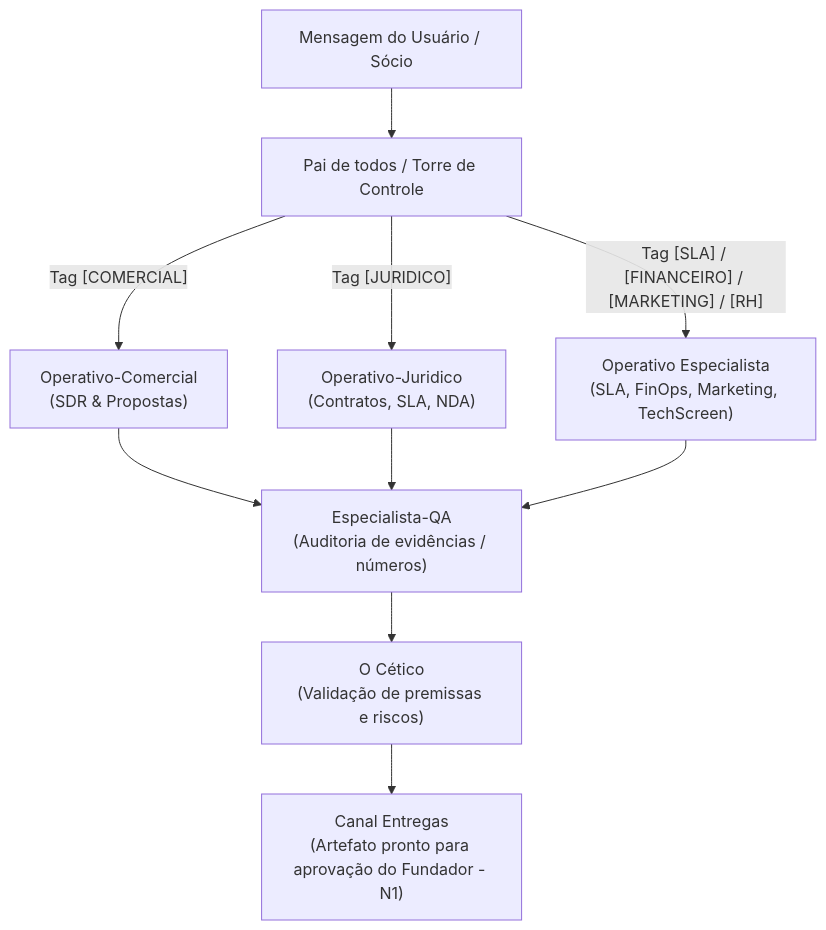
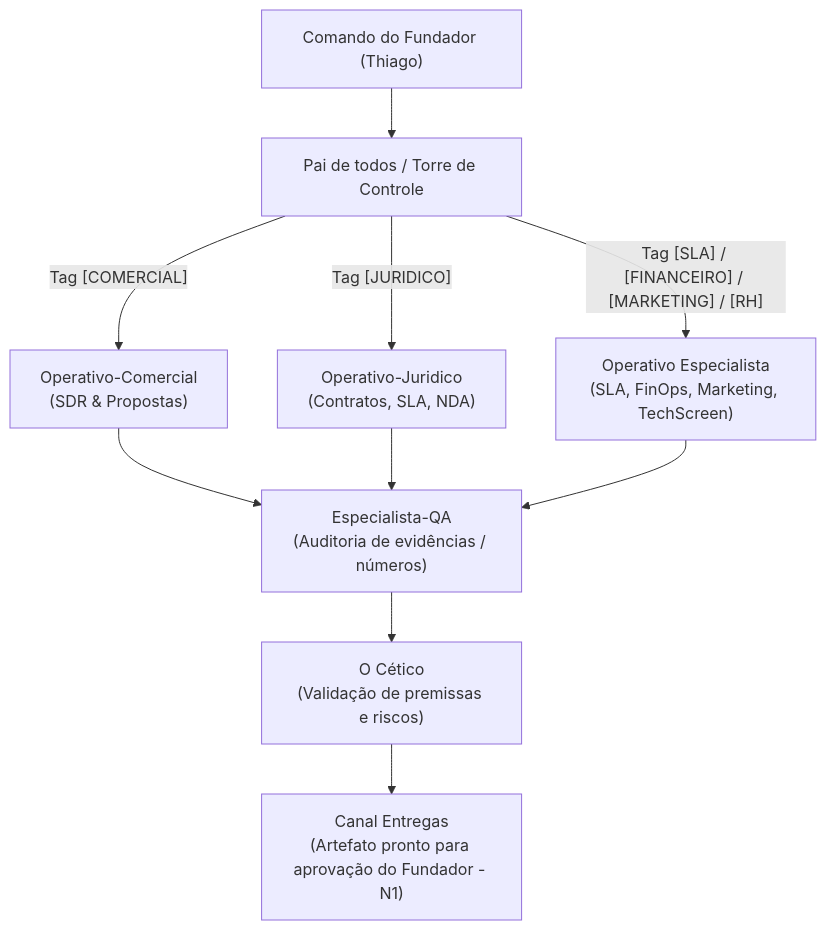
One commit to trd-consultoria-ti/startup changed the diagram in operacoes/openbot_integracao/README.md. Above: the diagram before and after it, drawn with Mermaid. The commit also changed other lines of this file and 22 other files, not shown here.

Commit message:
refactor(governance): unifica operacao estritamente no fundador Thiago Rocha Duarte e adiciona cases estruturais

````diff
--- a/operacoes/openbot_integracao/README.md
+++ b/operacoes/openbot_integracao/README.md
@@ -34,14 +34,14 @@
 ```mermaid
 flowchart TD
-    USR["Mensagem do Usuário / Sócio"] --> TORRE["Pai de todos / Torre de Controle"]
+    USR["Comando do Fundador (Thiago)"] --> TORRE["Pai de todos / Torre de Controle"]
     TORRE -->|"Tag [COMERCIAL]"| AG_COM["Operativo-Comercial\n(SDR & Propostas)"]
     TORRE -->|"Tag [JURIDICO]"| AG_JUR["Operativo-Juridico\n(Contratos, SLA, NDA)"]
     TORRE -->|"Tag [SLA] / [FINANCEIRO] / [MARKETING] / [RH]"| AG_ESP["Operativo Especialista\n(SLA, FinOps, Marketing, TechScreen)"]
     
     AG_COM --> QA["Especialista-QA\n(Auditoria de evidências / números)"]
     AG_JUR --> QA
     AG_ESP --> QA
     
     QA --> CET["O Cético\n(Validação de premissas e riscos)"]
     CET --> ENT["Canal Entregas\n(Artefato pronto para aprovação do Fundador - N1)"]
 ```
````
